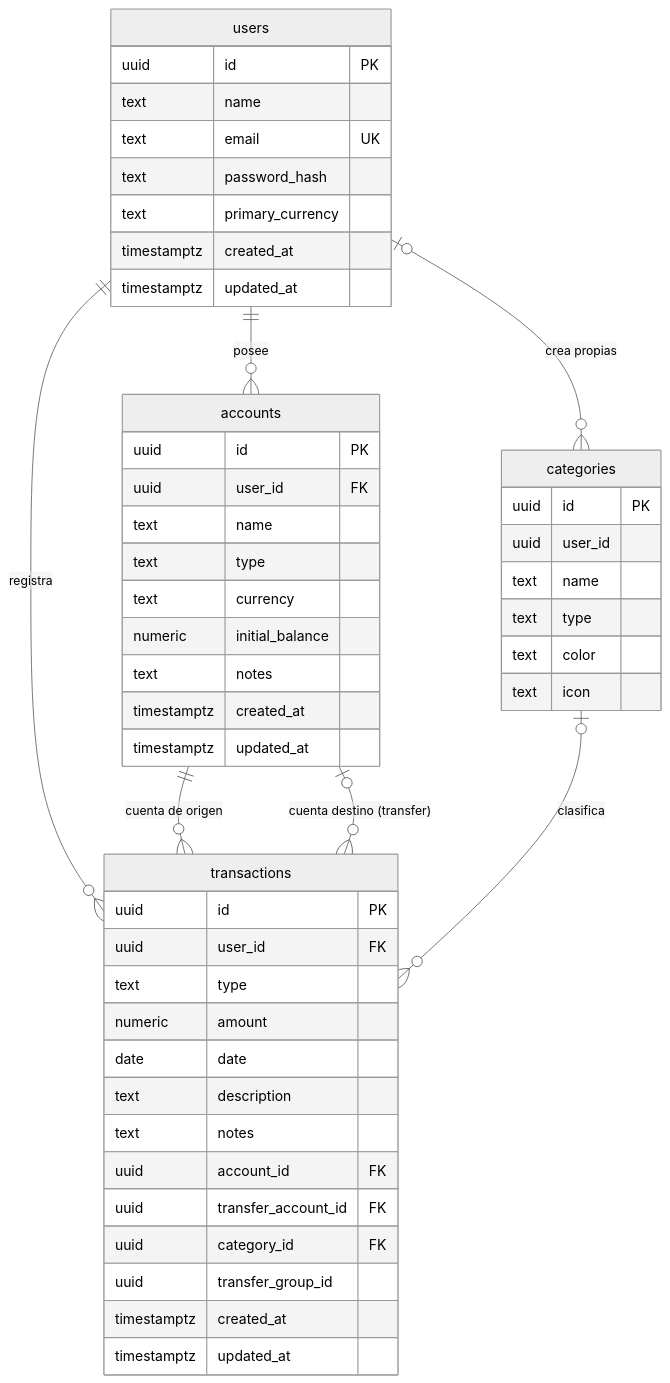
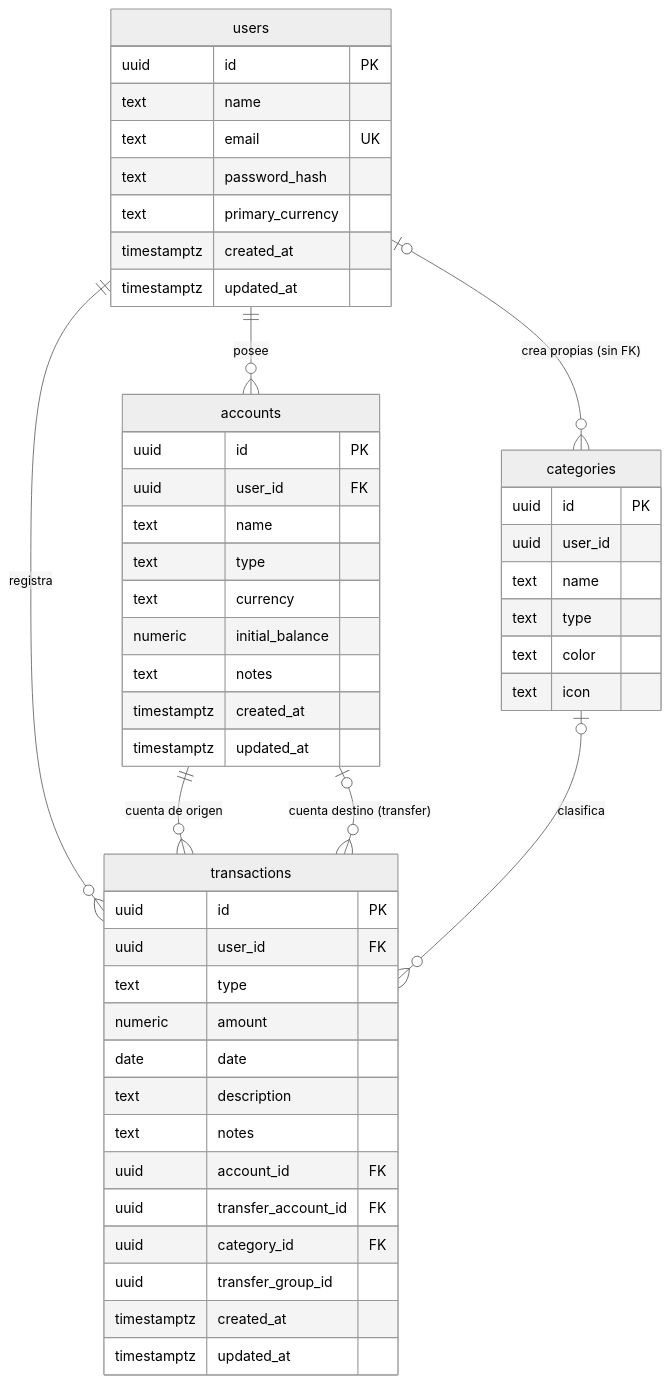
The diagram in docs/architecture/der.md (thomasbarenghi/atlas-finance-unahur), drawn with Mermaid (neutral theme) before and after one commit. The commit also changed other lines of this file and 16 other files, not shown here.

````diff
--- a/docs/architecture/der.md
+++ b/docs/architecture/der.md
@@ -9,57 +13,57 @@
 ```mermaid
 erDiagram
   users ||--o{ accounts : "posee"
   users ||--o{ transactions : "registra"
   accounts ||--o{ transactions : "cuenta de origen"
   accounts |o--o{ transactions : "cuenta destino (transfer)"
-  users |o--o{ categories : "crea propias"
+  users |o--o{ categories : "crea propias (sin FK)"
   categories |o--o{ transactions : "clasifica"
 
   users {
     uuid id PK
     text name
     text email UK
     text password_hash
     text primary_currency
     timestamptz created_at
     timestamptz updated_at
   }
 
   accounts {
     uuid id PK
     uuid user_id FK
     text name
     text type
     text currency
     numeric initial_balance
     text notes
     timestamptz created_at
     timestamptz updated_at
   }
 
   categories {
     uuid id PK
     uuid user_id
     text name
     text type
     text color
     text icon
   }
 
   transactions {
     uuid id PK
     uuid user_id FK
     text type
     numeric amount
     date date
     text description
     text notes
     uuid account_id FK
     uuid transfer_account_id FK
     uuid category_id FK
     uuid transfer_group_id
     timestamptz created_at
     timestamptz updated_at
   }
 
 ```
````
